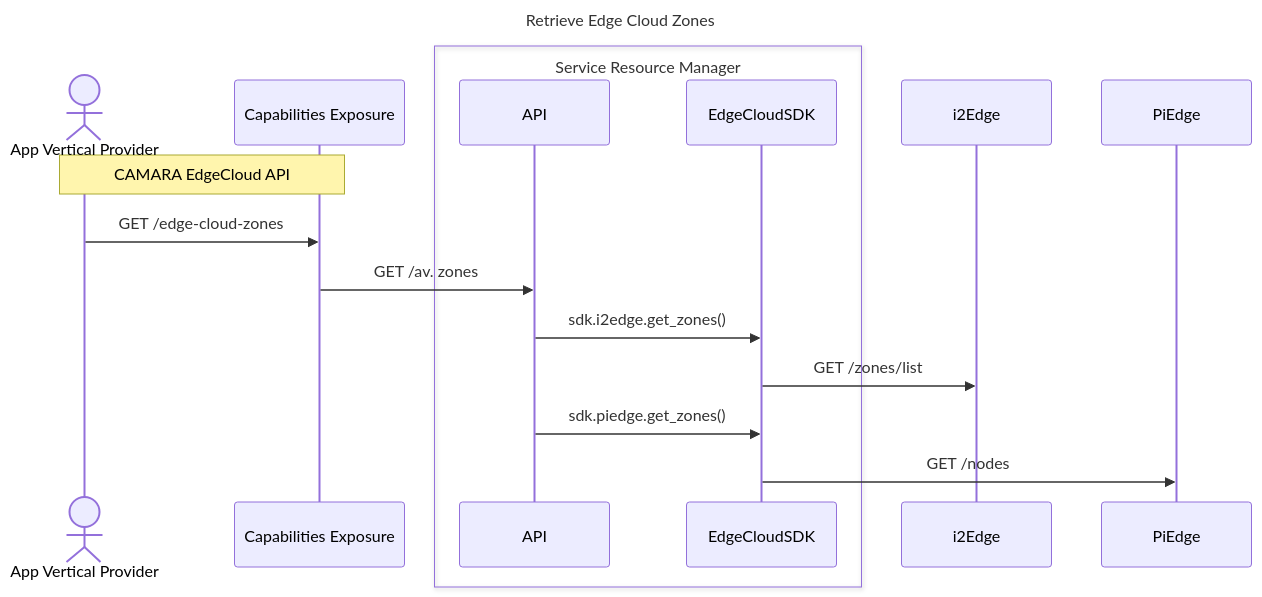
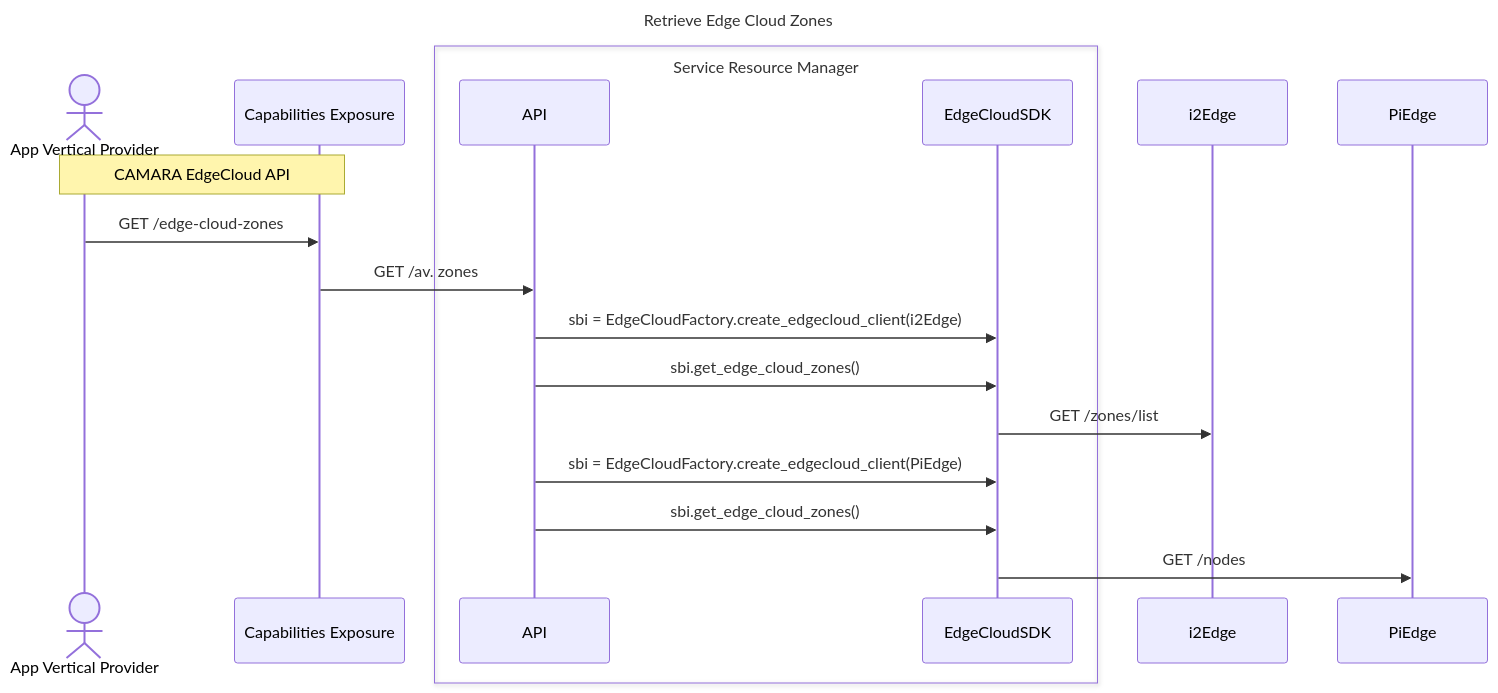
One commit to tassospandis/open-sdk changed the diagram in docs/workflows/edgecloud/get_av_zones.md. Above: the diagram before and after it, drawn with Mermaid.

Commit message:
Update get_av_zones seq diagram to match the current code

````diff
--- a/docs/workflows/edgecloud/get_av_zones.md
+++ b/docs/workflows/edgecloud/get_av_zones.md
@@ -1,20 +1,22 @@
 ```mermaid
 sequenceDiagram
 title Retrieve Edge Cloud Zones
 actor AP as App Vertical Provider
 participant CE as Capabilities Exposure
 box Service Resource Manager
     participant API
     participant SDK as EdgeCloudSDK
 end
 participant i2Edge
 participant PiEdge
 
 note over AP,CE: CAMARA EdgeCloud API
 AP ->> CE: GET /edge-cloud-zones
 CE ->> API: GET /av. zones
-API ->> SDK: sdk.i2edge.get_zones()
+API ->> SDK: sbi = EdgeCloudFactory.create_edgecloud_client(i2Edge)
+API ->> SDK: sbi.get_edge_cloud_zones()
 SDK ->> i2Edge: GET /zones/list
-API ->> SDK: sdk.piedge.get_zones()
+API ->> SDK: sbi = EdgeCloudFactory.create_edgecloud_client(PiEdge)
+API ->> SDK: sbi.get_edge_cloud_zones()
 SDK ->> PiEdge: GET /nodes
 ```
````
